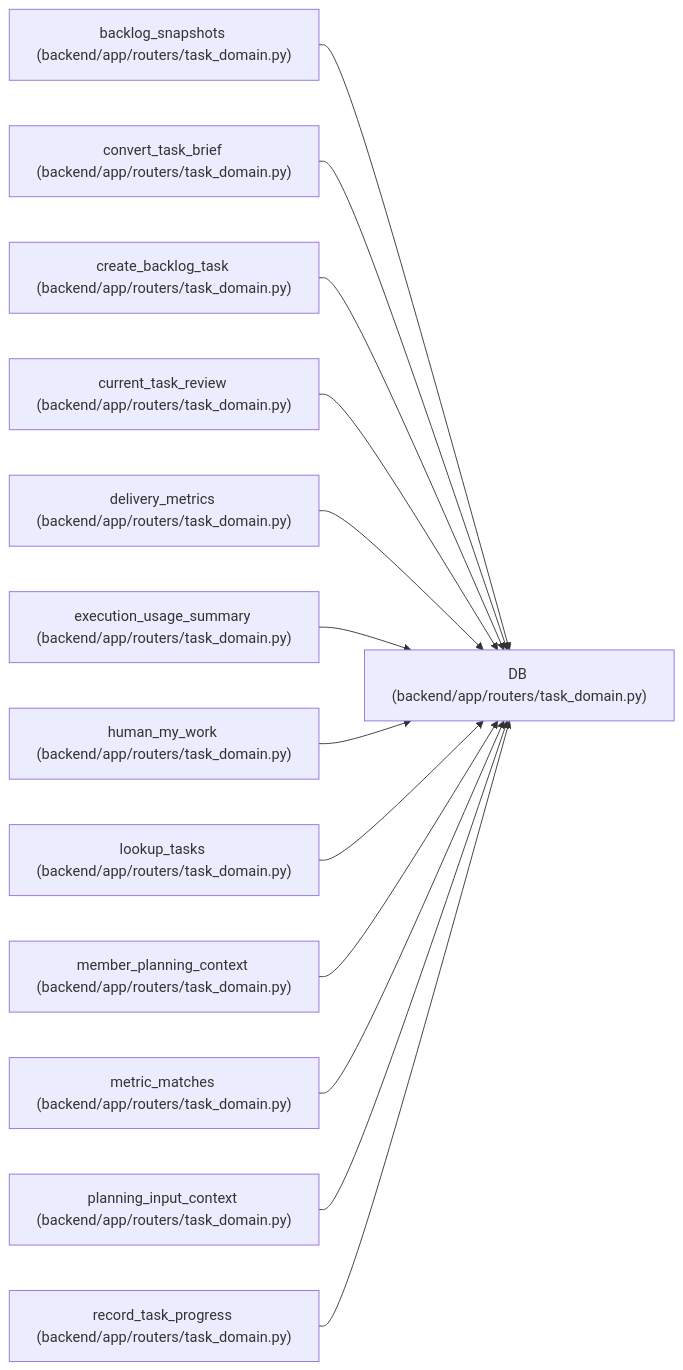
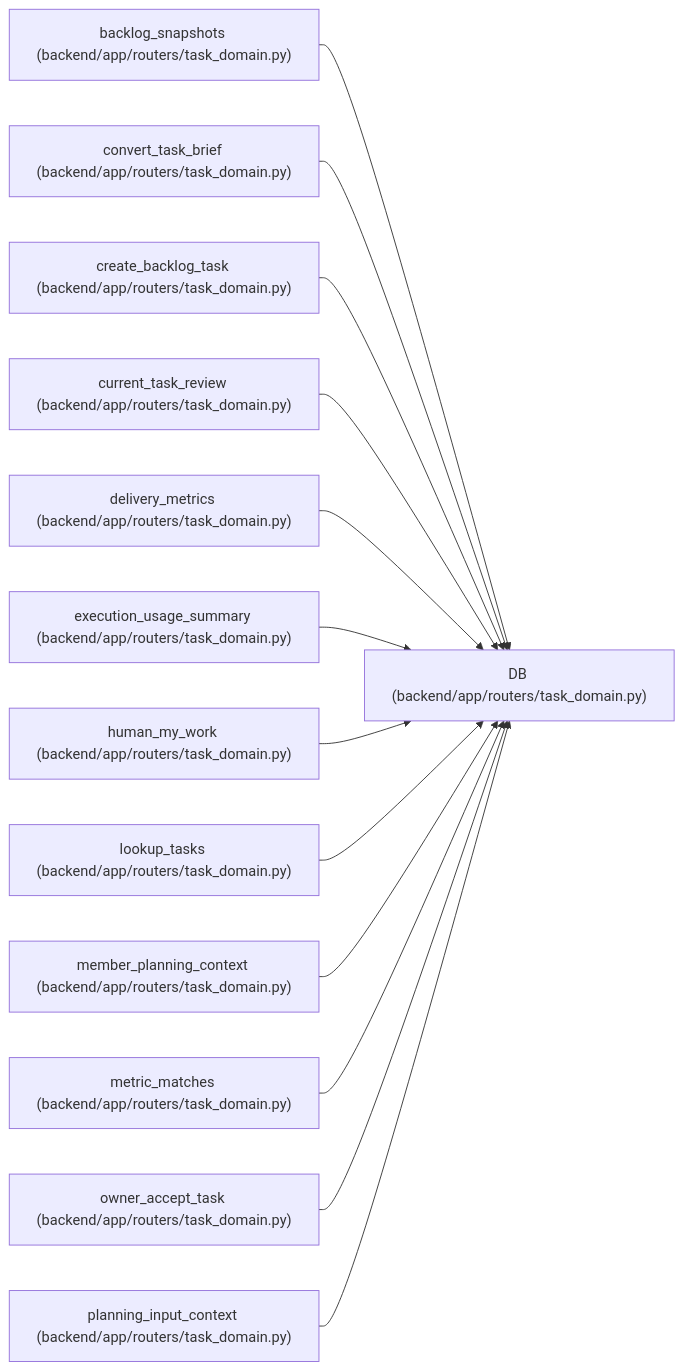
The diagram in docs/llm_wiki/entities/routers_task_domain_DB.md (Denissvgn/WorkChord), drawn with Mermaid before and after one commit. The commit also changed other lines of this file and 672 other files, not shown here.

Commit message:
Sync the architectural wiki for owner acceptance under the different-publisher policy

````diff
--- a/docs/llm_wiki/entities/routers_task_domain_DB.md
+++ b/docs/llm_wiki/entities/routers_task_domain_DB.md
@@ -24,41 +24,41 @@
 ```mermaid
 flowchart LR
     n0["DB (backend/app/routers/task_domain.py)"]
     n1["backlog_snapshots (backend/app/routers/task_domain.py)"]
     n2["convert_task_brief (backend/app/routers/task_domain.py)"]
     n3["create_backlog_task (backend/app/routers/task_domain.py)"]
     n4["current_task_review (backend/app/routers/task_domain.py)"]
     n5["delivery_metrics (backend/app/routers/task_domain.py)"]
     n6["execution_usage_summary (backend/app/routers/task_domain.py)"]
     n7["human_my_work (backend/app/routers/task_domain.py)"]
     n8["lookup_tasks (backend/app/routers/task_domain.py)"]
     n9["member_planning_context (backend/app/routers/task_domain.py)"]
     n10["metric_matches (backend/app/routers/task_domain.py)"]
-    n11["planning_input_context (backend/app/routers/task_domain.py)"]
-    n12["record_task_progress (backend/app/routers/task_domain.py)"]
+    n11["owner_accept_task (backend/app/routers/task_domain.py)"]
+    n12["planning_input_context (backend/app/routers/task_domain.py)"]
     n1 --> n0
     n2 --> n0
     n3 --> n0
     n4 --> n0
     n5 --> n0
     n6 --> n0
     n7 --> n0
     n8 --> n0
     n9 --> n0
     n10 --> n0
     n11 --> n0
     n12 --> n0
     click n0 "../modules/routers_task_domain.md"
     click n1 "../modules/routers_task_domain.md"
     click n2 "../modules/routers_task_domain.md"
     click n3 "../modules/routers_task_domain.md"
     click n4 "../modules/routers_task_domain.md"
     click n5 "../modules/routers_task_domain.md"
     click n6 "../modules/routers_task_domain.md"
     click n7 "../modules/routers_task_domain.md"
     click n8 "../modules/routers_task_domain.md"
     click n9 "../modules/routers_task_domain.md"
     click n10 "../modules/routers_task_domain.md"
     click n11 "../modules/routers_task_domain.md"
     click n12 "../modules/routers_task_domain.md"
 ```
````
